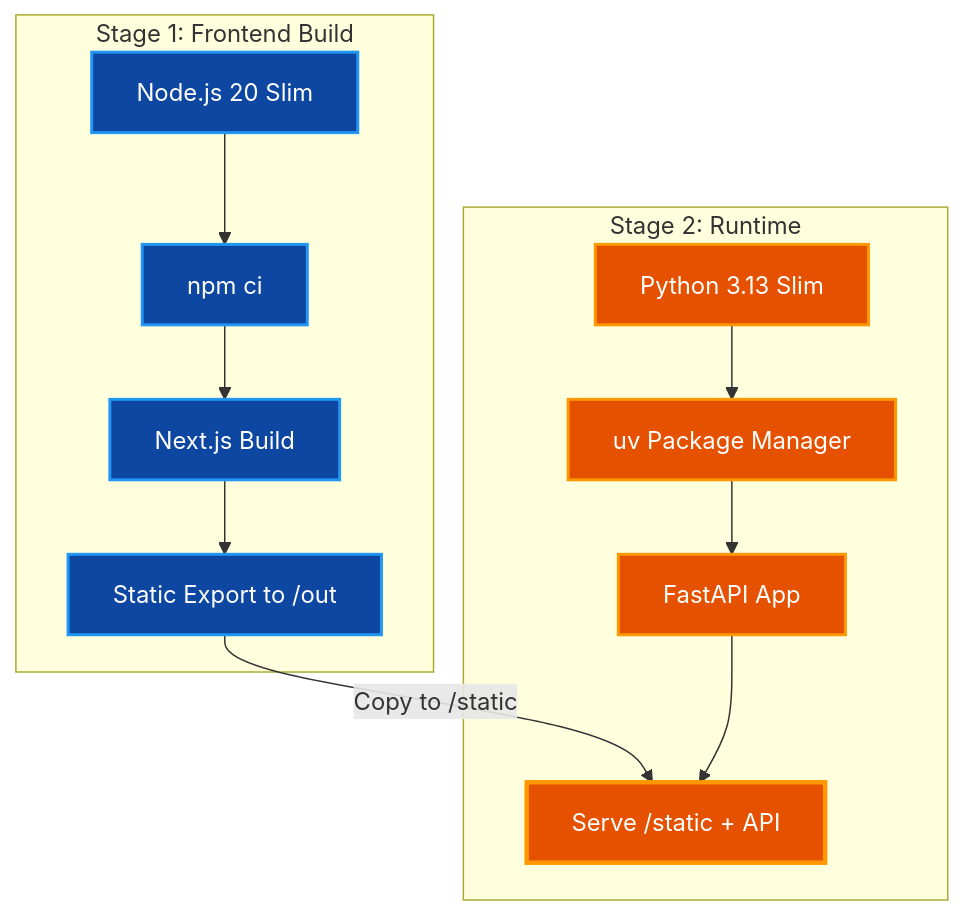
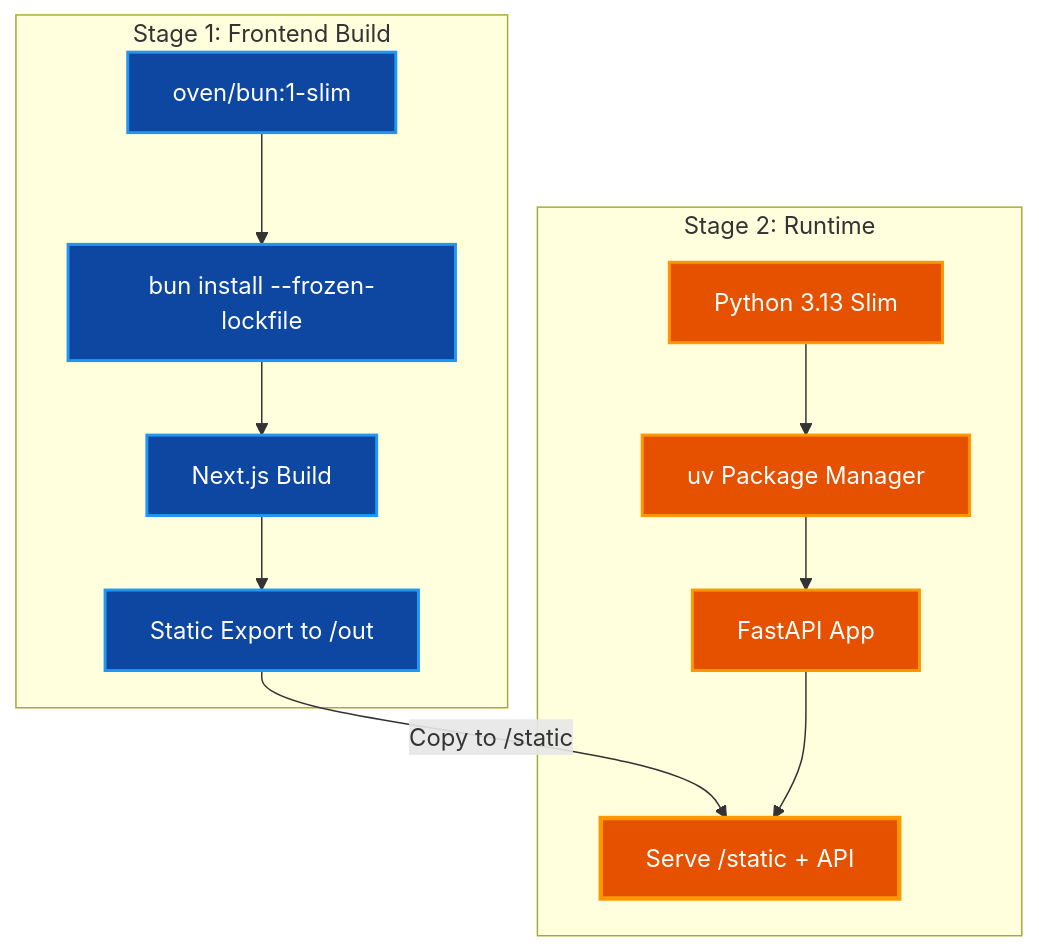
The third of 3 diagrams in docs/DOCKER.md (qwlong/claude-office), drawn with Mermaid before and after one commit. The commit also changed other lines of this file and 3 other files, not shown here.

````diff
--- a/docs/DOCKER.md
+++ b/docs/DOCKER.md
@@ -149,29 +149,29 @@
 ```mermaid
 graph TD
     subgraph "Stage 1: Frontend Build"
-        Node[Node.js 20 Slim]
-        NPM[npm ci]
+        Bun[oven/bun:1-slim]
+        Install[bun install --frozen-lockfile]
         Build[Next.js Build]
         Static[Static Export to /out]
     end
 
     subgraph "Stage 2: Runtime"
         Python[Python 3.13 Slim]
         UV[uv Package Manager]
         FastAPI[FastAPI App]
         Serve[Serve /static + API]
     end
 
-    Node --> NPM --> Build --> Static
+    Bun --> Install --> Build --> Static
     Static -->|Copy to /static| Serve
     Python --> UV --> FastAPI --> Serve
 
-    style Node fill:#0d47a1,stroke:#2196f3,stroke-width:2px,color:#ffffff
-    style NPM fill:#0d47a1,stroke:#2196f3,stroke-width:2px,color:#ffffff
+    style Bun fill:#0d47a1,stroke:#2196f3,stroke-width:2px,color:#ffffff
+    style Install fill:#0d47a1,stroke:#2196f3,stroke-width:2px,color:#ffffff
     style Build fill:#0d47a1,stroke:#2196f3,stroke-width:2px,color:#ffffff
     style Static fill:#0d47a1,stroke:#2196f3,stroke-width:2px,color:#ffffff
     style Python fill:#e65100,stroke:#ff9800,stroke-width:2px,color:#ffffff
     style UV fill:#e65100,stroke:#ff9800,stroke-width:2px,color:#ffffff
     style FastAPI fill:#e65100,stroke:#ff9800,stroke-width:2px,color:#ffffff
     style Serve fill:#e65100,stroke:#ff9800,stroke-width:3px,color:#ffffff
 ```
````
